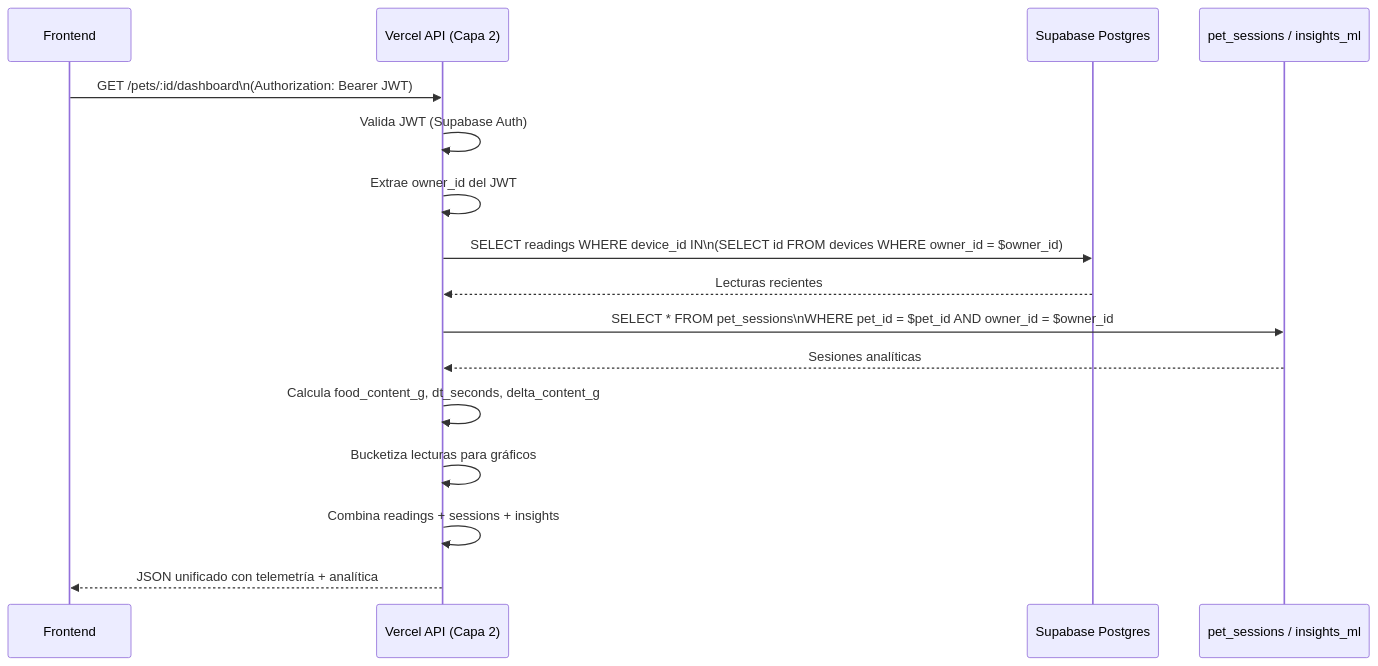
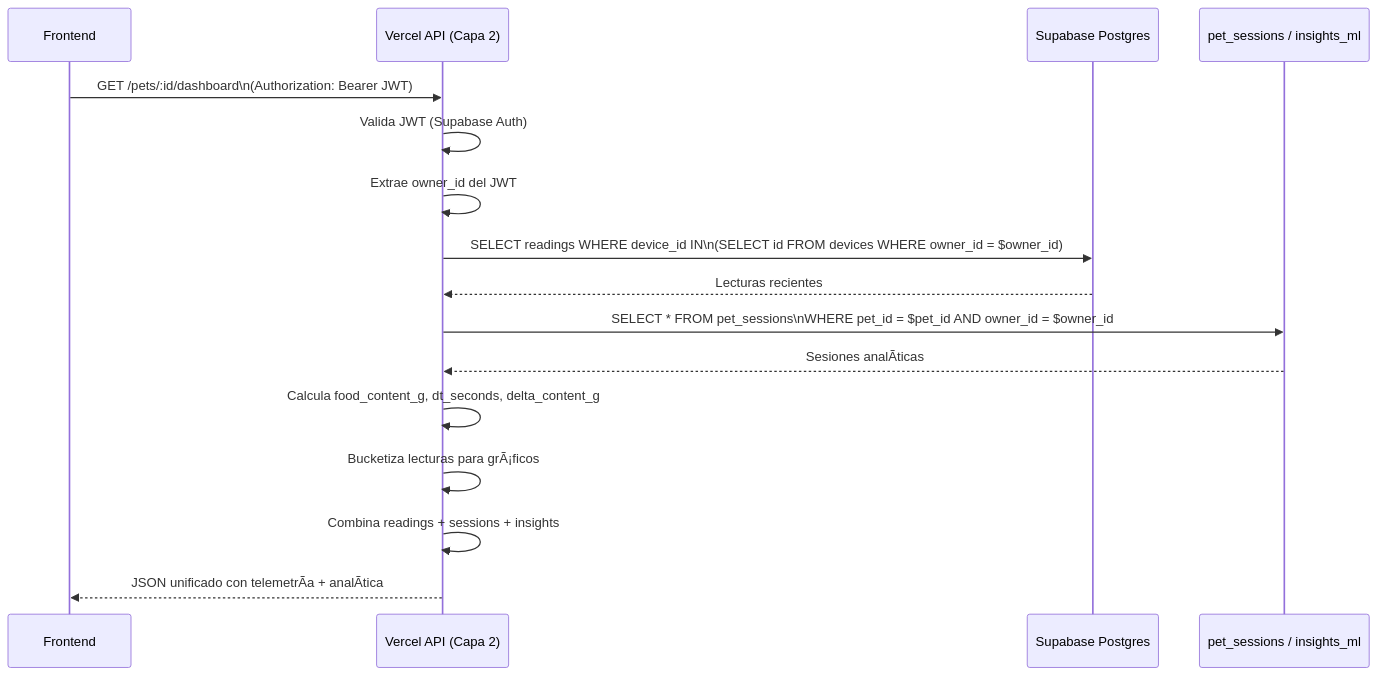
The fourth of 6 diagrams in Docs/KittyPau_Arquitectura_Datos_v3.md (kittypau-mascotas/kittypau_2026), drawn with Mermaid before and after one commit. The commit also changed other lines of this file and 6 other files, not shown here.

````diff
--- a/Docs/KittyPau_Arquitectura_Datos_v3.md
+++ b/Docs/KittyPau_Arquitectura_Datos_v3.md
@@ -312,19 +314,19 @@
 ```mermaid
 sequenceDiagram
     participant FE as Frontend
     participant API as Vercel API (Capa 2)
     participant DB as Supabase Postgres
     participant ML_TABLE as pet_sessions / insights_ml
 
     FE->>API: GET /pets/:id/dashboard\n(Authorization: Bearer JWT)
     API->>API: Valida JWT (Supabase Auth)
     API->>API: Extrae owner_id del JWT
     API->>DB: SELECT readings WHERE device_id IN\n(SELECT id FROM devices WHERE owner_id = $owner_id)
     DB-->>API: Lecturas recientes
     API->>ML_TABLE: SELECT * FROM pet_sessions\nWHERE pet_id = $pet_id AND owner_id = $owner_id
-    ML_TABLE-->>API: Sesiones analíticas
+    ML_TABLE-->>API: Sesiones analÃ­ticas
     API->>API: Calcula food_content_g, dt_seconds, delta_content_g
-    API->>API: Bucketiza lecturas para gráficos
+    API->>API: Bucketiza lecturas para grÃ¡ficos
     API->>API: Combina readings + sessions + insights
-    API-->>FE: JSON unificado con telemetría + analítica
+    API-->>FE: JSON unificado con telemetrÃ­a + analÃ­tica
 ```
````
